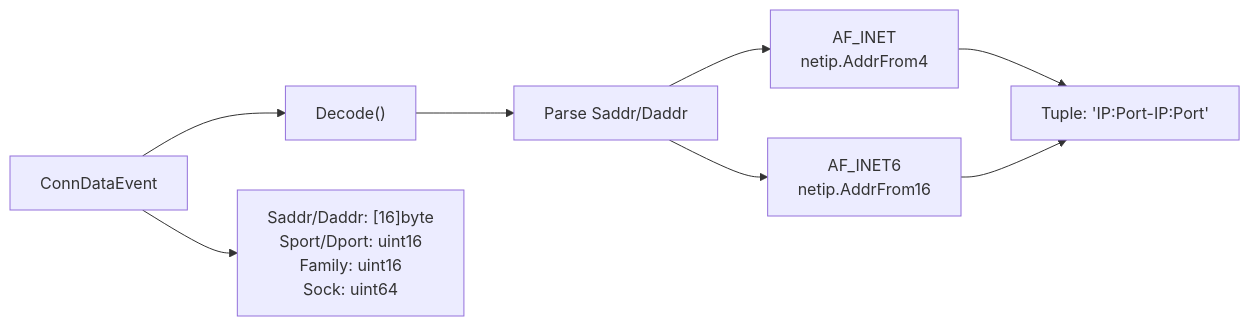
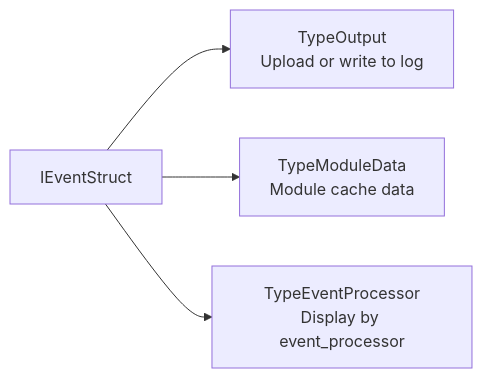
The second of 7 diagrams in src/en/5-development-guide/5.4-event-processing-and-parsers.md (gojue/ecapture.cc), drawn with Mermaid before and after one commit. The commit also changed other lines of this file and 115 other files, not shown here.

````diff
--- a/src/en/5-development-guide/5.4-event-processing-and-parsers.md
+++ b/src/en/5-development-guide/5.4-event-processing-and-parsers.md
@@ -182,13 +118,6 @@
 ```mermaid
 graph LR
-    ConnDataEvent["ConnDataEvent"]
-    
-    ConnDataEvent --> Decode["Decode()"]
-    Decode --> ParseAddrs["Parse Saddr/Daddr"]
-    ParseAddrs --> IPv4["AF_INET<br/>netip.AddrFrom4"]
-    ParseAddrs --> IPv6["AF_INET6<br/>netip.AddrFrom16"]
-    IPv4 --> Tuple["Tuple: 'IP:Port-IP:Port'"]
-    IPv6 --> Tuple
-    
-    ConnDataEvent --> Fields["Saddr/Daddr: [16]byte<br/>Sport/Dport: uint16<br/>Family: uint16<br/>Sock: uint64"]
+    EVENT["IEventStruct"] --> OUTPUT["TypeOutput<br/>Upload or write to log"]
+    EVENT --> MODULE["TypeModuleData<br/>Module cache data"]
+    EVENT --> PROCESSOR["TypeEventProcessor<br/>Display by event_processor"]
 ```
````
